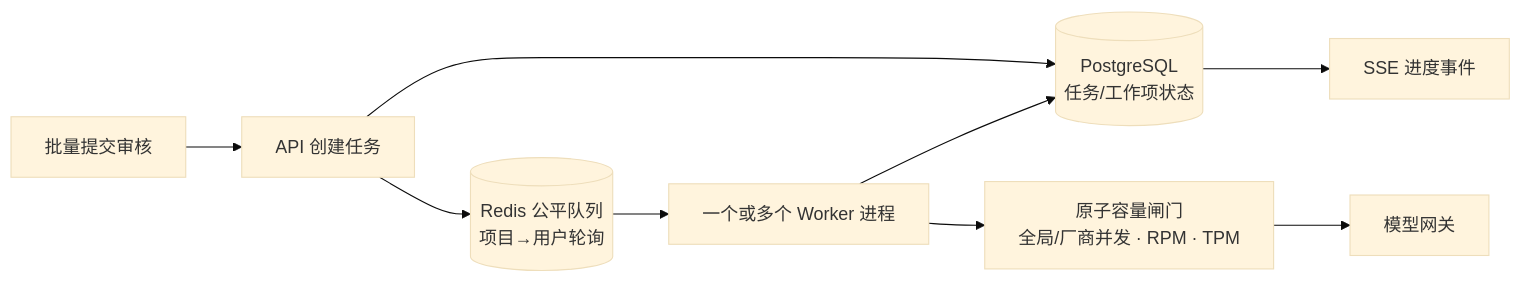
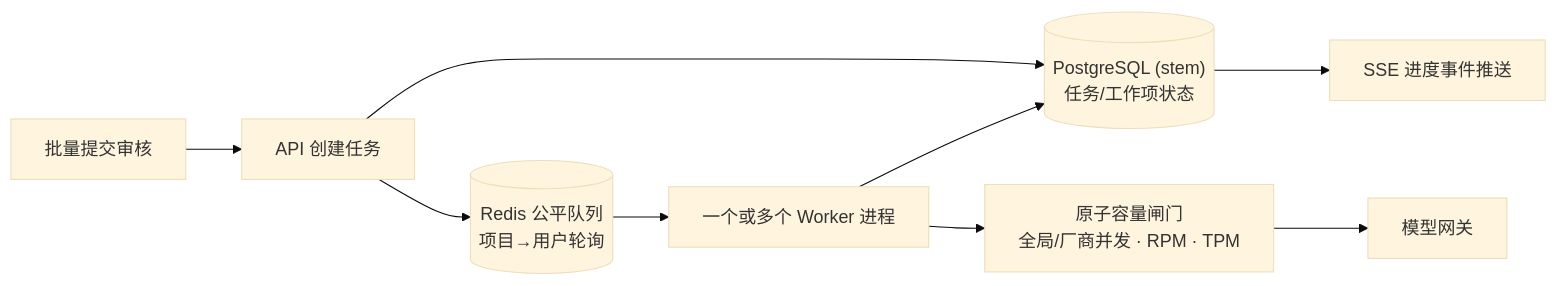
The second of 2 diagrams in README.md (peteryipikachu-cpu/stem-system), drawn with Mermaid (base theme) before and after one commit. The commit also changed other lines of this file, not shown here.

````diff
--- a/README.md
+++ b/README.md
@@ -87,11 +86,11 @@
 ```mermaid
 flowchart LR
   Submit["批量提交审核"] --> API["API 创建任务"]
-  API --> DB[("PostgreSQL\n任务/工作项状态")]
+  API --> DB[("PostgreSQL (stem)\n任务/工作项状态")]
   API --> Ready[("Redis 公平队列\n项目→用户轮询")]
   Ready --> Workers["一个或多个 Worker 进程"]
   Workers --> Gate["原子容量闸门\n全局/厂商并发 · RPM · TPM"]
   Gate --> Models["模型网关"]
   Workers --> DB
-  DB --> Events["SSE 进度事件"]
+  DB --> Events["SSE 进度事件推送"]
 ```
````
